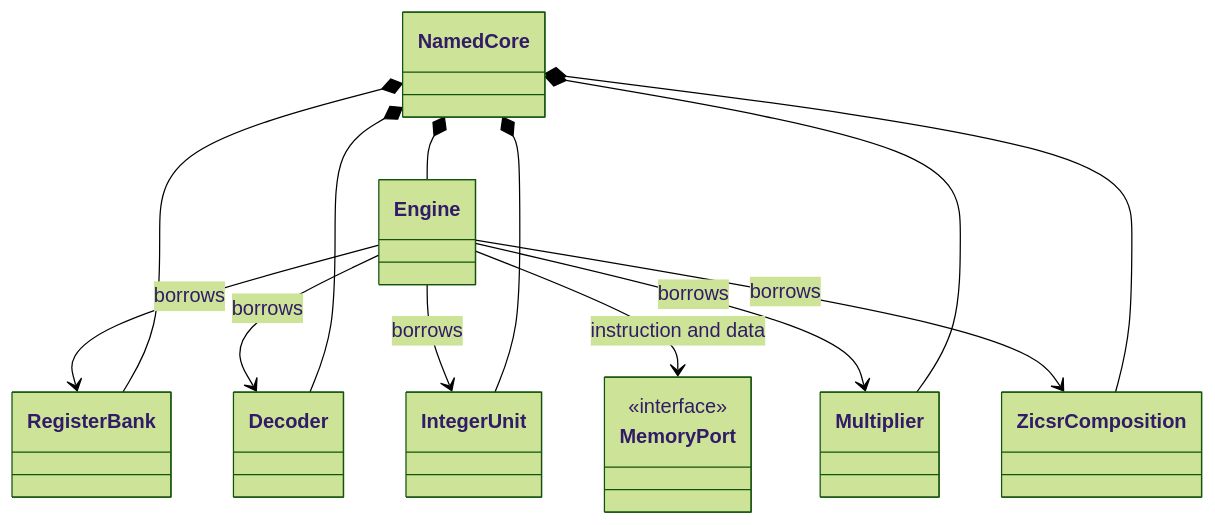
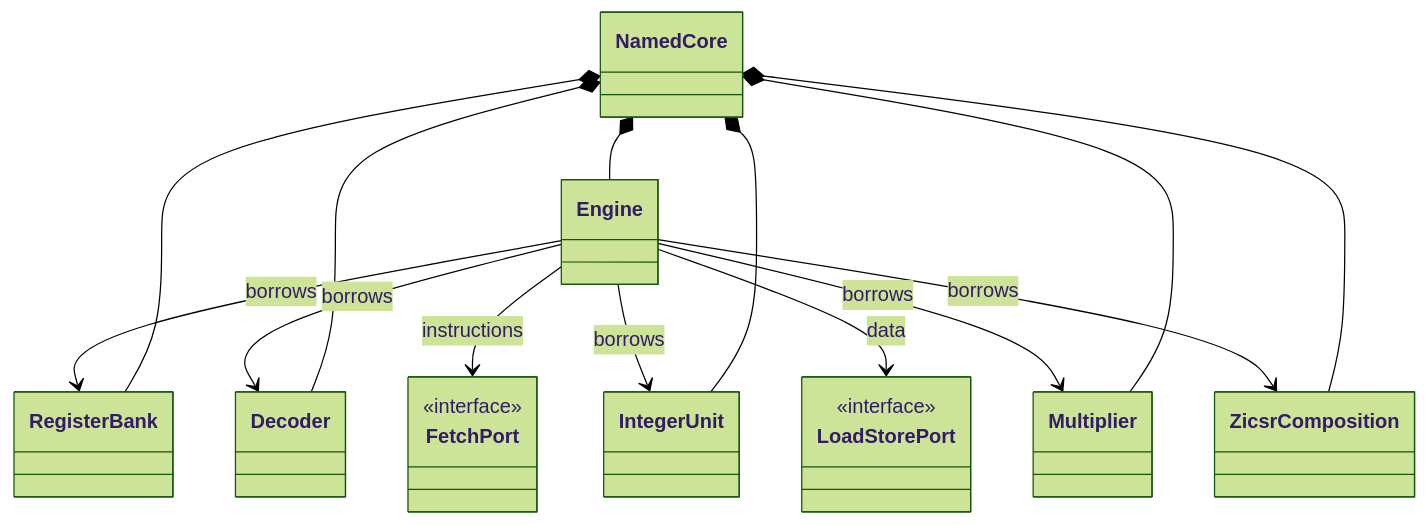
One commit to eccelerators/eccelerators-riscv changed the diagram in docs/architecture.md. Above: the diagram before and after it, drawn with Mermaid (forest theme). The commit also changed other lines of this file and 31 other files, not shown here.

````diff
--- a/docs/architecture.md
+++ b/docs/architecture.md
@@ -24,25 +24,29 @@
 ```mermaid
 classDiagram
     class NamedCore
     class Engine
     class RegisterBank
     class Decoder
     class IntegerUnit
     class Multiplier
     class ZicsrComposition
-    class MemoryPort {
+    class FetchPort {
+        <<interface>>
+    }
+    class LoadStorePort {
         <<interface>>
     }
     NamedCore *-- Engine
     NamedCore *-- RegisterBank
     NamedCore *-- Decoder
     NamedCore *-- IntegerUnit
     NamedCore *-- Multiplier
     NamedCore *-- ZicsrComposition
     Engine --> RegisterBank : borrows
     Engine --> Decoder : borrows
     Engine --> IntegerUnit : borrows
     Engine --> Multiplier : borrows
     Engine --> ZicsrComposition : borrows
-    Engine --> MemoryPort : instruction and data
+    Engine --> FetchPort : instructions
+    Engine --> LoadStorePort : data
 ```
````
